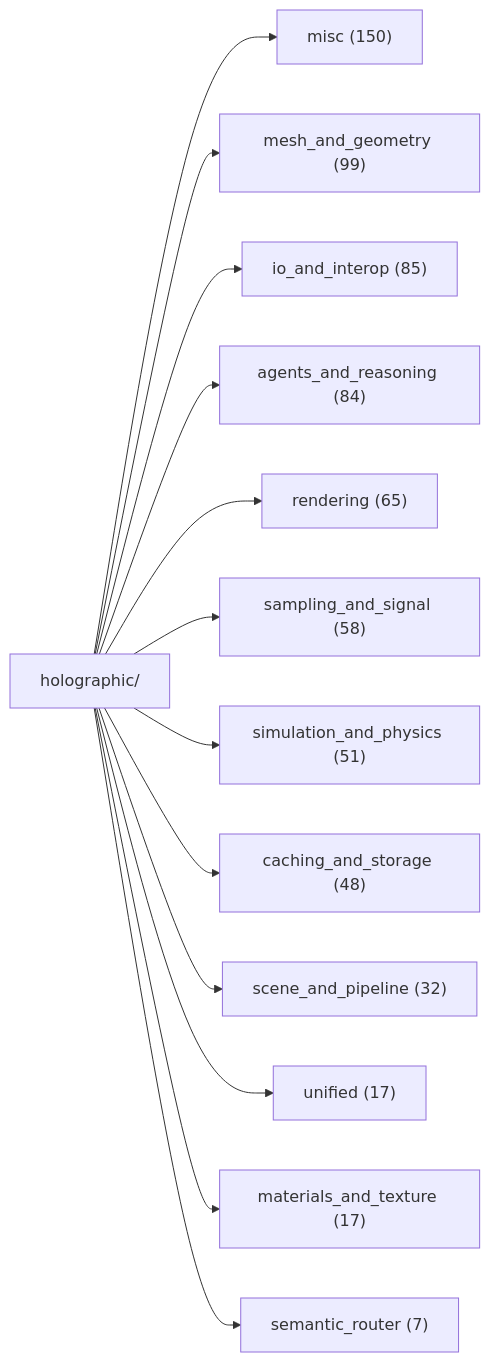
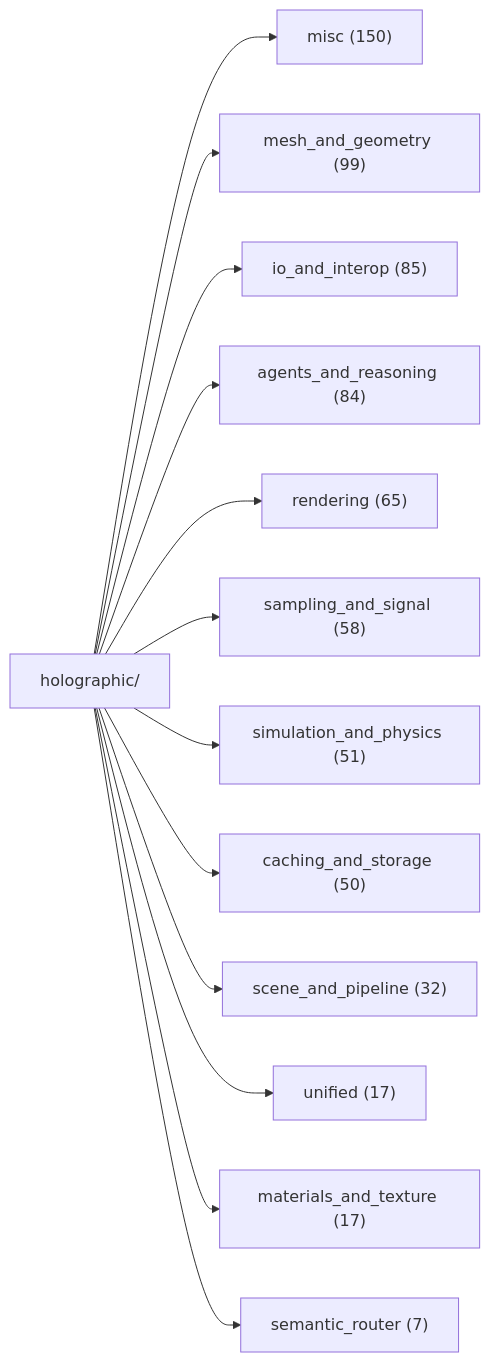
One commit to AnOversizedMooseWithSocks/leCore changed the first of 2 diagrams in docs/DOC_MAP.md. Above: the diagram before and after it, drawn with Mermaid. The commit also changed other lines of this file and 24 other files, not shown here.

````diff
--- a/docs/DOC_MAP.md
+++ b/docs/DOC_MAP.md
@@ -35,16 +35,16 @@
 ```mermaid
 graph LR
     H[holographic/]
     H --> misc["misc (150)"]
     H --> mesh["mesh_and_geometry (99)"]
     H --> io_a["io_and_interop (85)"]
     H --> agen["agents_and_reasoning (84)"]
     H --> rend["rendering (65)"]
     H --> samp["sampling_and_signal (58)"]
     H --> simu["simulation_and_physics (51)"]
-    H --> cach["caching_and_storage (48)"]
+    H --> cach["caching_and_storage (50)"]
     H --> scen["scene_and_pipeline (32)"]
     H --> unif["unified (17)"]
     H --> mate["materials_and_texture (17)"]
     H --> sema["semantic_router (7)"]
 ```
````
